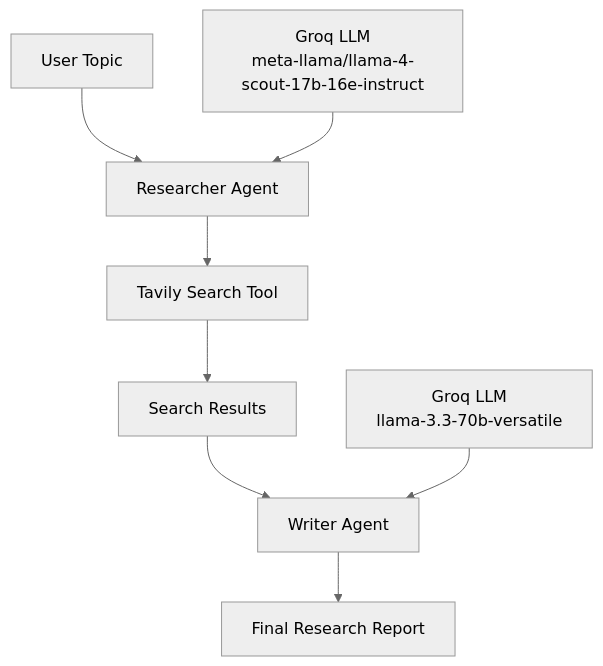
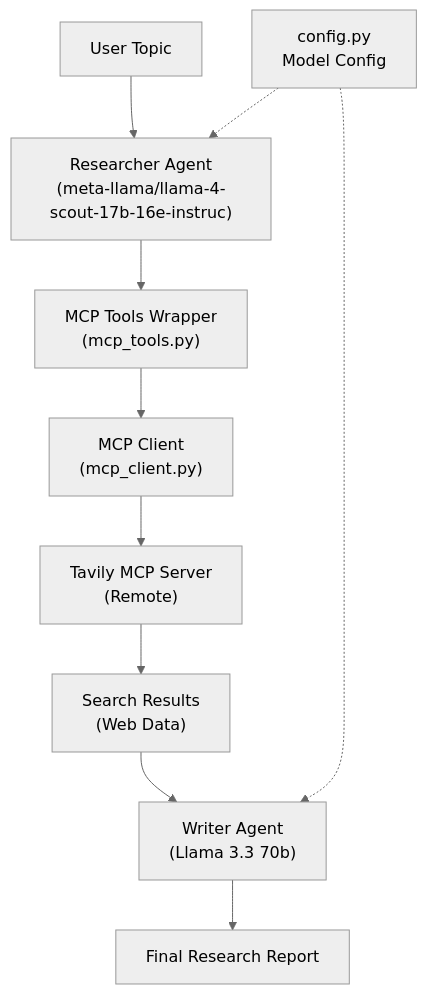
The diagram in README.md (Vedant-Gidra/ResarchMind), drawn with Mermaid (neutral theme) before and after one commit. The commit also changed other lines of this file and 9 other files, not shown here.

````diff
--- a/README.md
+++ b/README.md
@@ -39,12 +51,16 @@
 ```mermaid
 flowchart TD
-    user_topic["User Topic"] --> researcher["Researcher Agent"]
-    researcher --> tavily_tool["Tavily Search Tool"]
-    tavily_tool --> search_results["Search Results"]
-
-    search_results --> writer["Writer Agent"]
+    user_topic["User Topic"] --> researcher["Researcher Agent<br/>(meta-llama/llama-4-scout-17b-16e-instruc)"]
+    
+    researcher --> mcp_tools["MCP Tools Wrapper<br/>(mcp_tools.py)"]
+    mcp_tools --> mcp_client["MCP Client<br/>(mcp_client.py)"]
+    mcp_client --> tavily_mcp["Tavily MCP Server<br/>(Remote)"]
+    
+    tavily_mcp --> search_results["Search Results<br/>(Web Data)"]
+    search_results --> writer["Writer Agent<br/>(Llama 3.3 70b)"]
     writer --> final_report["Final Research Report"]
-
-    researcher_llm["Groq LLM\nmeta-llama/llama-4-scout-17b-16e-instruct"] --> researcher
-    writer_llm["Groq LLM\nllama-3.3-70b-versatile"] --> writer
+    
+    config["config.py<br/>Model Config"]
+    config -.-> researcher
+    config -.-> writer
 ```
````
